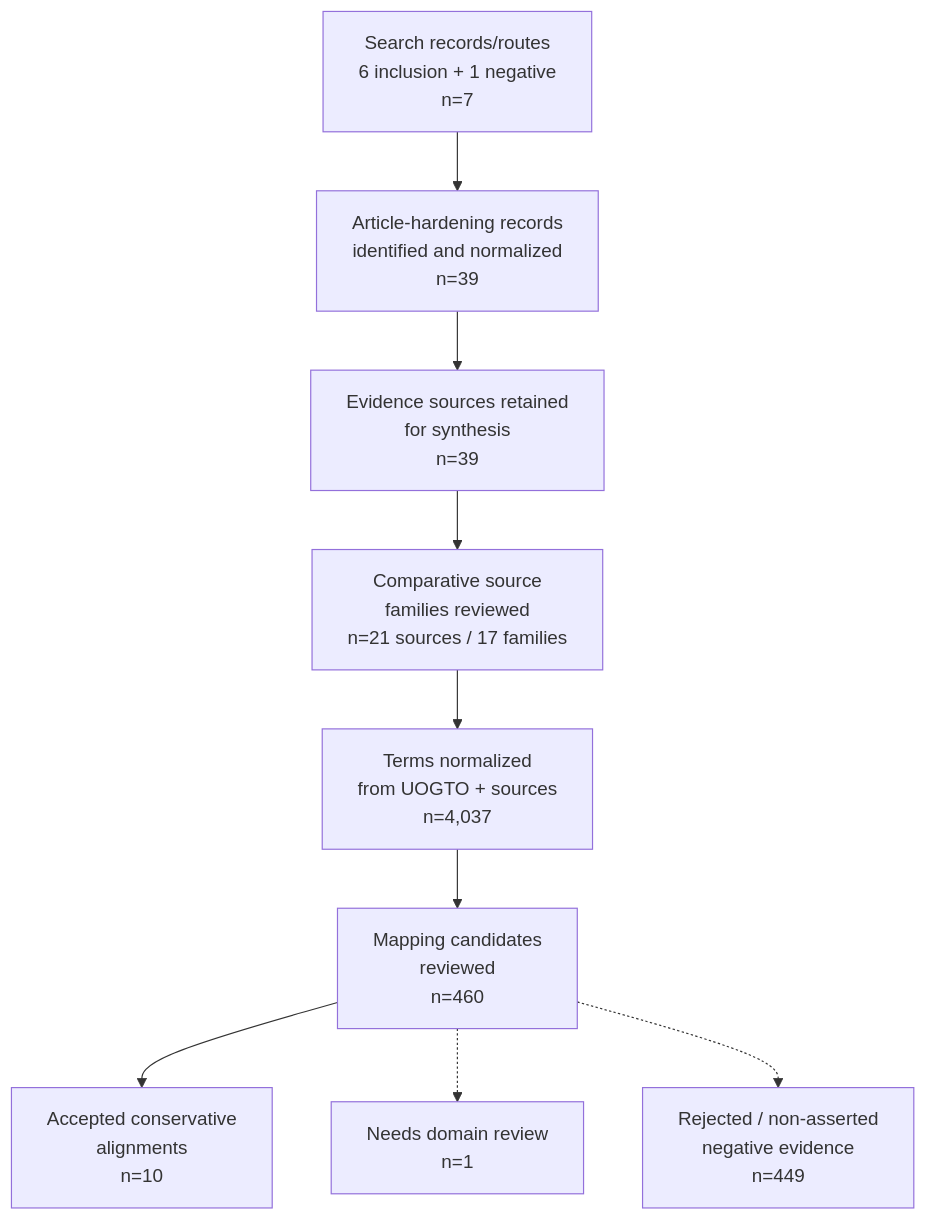
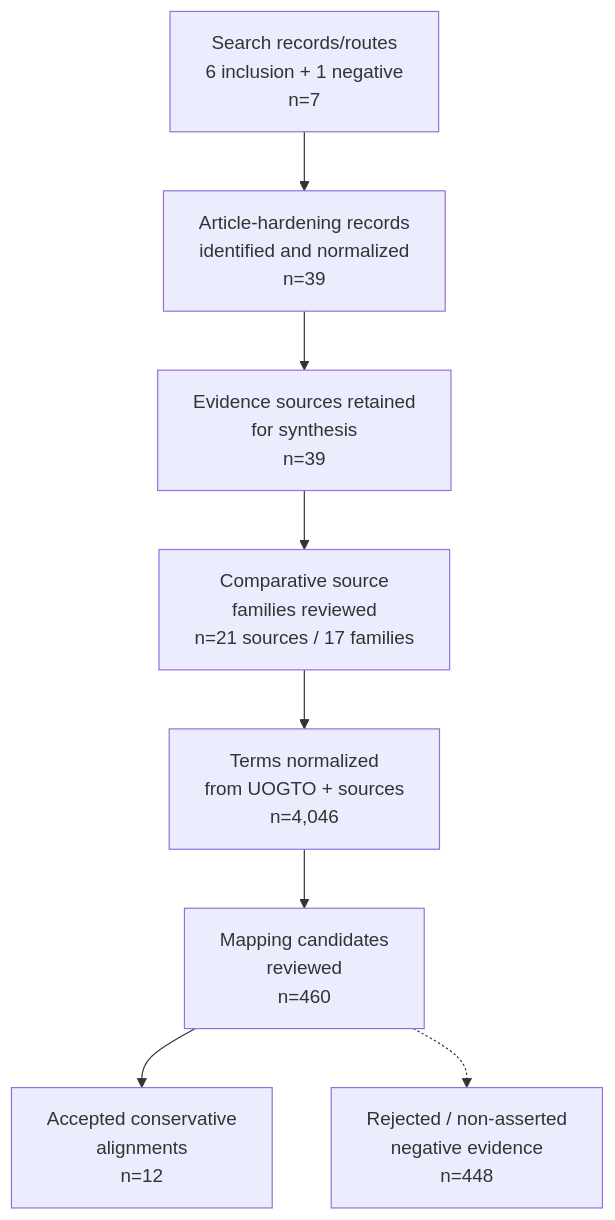
One commit to edithatogo/UOGTO changed the diagram in docs/article-hardening/figures/systematic-search-prisma-flow.md. Above: the diagram before and after it, drawn with Mermaid. The commit also changed 69 other files, not shown here.

````diff
--- a/docs/article-hardening/figures/systematic-search-prisma-flow.md
+++ b/docs/article-hardening/figures/systematic-search-prisma-flow.md
@@ -5,20 +5,18 @@
 ```mermaid
 flowchart TD
     N0["Search records/routes<br/>6 inclusion + 1 negative<br/>n=7"]
     N1["Article-hardening records<br/>identified and normalized<br/>n=39"]
     N2["Evidence sources retained<br/>for synthesis<br/>n=39"]
     N3["Comparative source<br/>families reviewed<br/>n=21 sources / 17 families"]
-    N4["Terms normalized<br/>from UOGTO + sources<br/>n=4,037"]
+    N4["Terms normalized<br/>from UOGTO + sources<br/>n=4,046"]
     N5["Mapping candidates<br/>reviewed<br/>n=460"]
-    N6["Accepted conservative<br/>alignments<br/>n=10"]
-    N7["Needs domain review<br/>n=1"]
-    N8["Rejected / non-asserted<br/>negative evidence<br/>n=449"]
+    N6["Accepted conservative<br/>alignments<br/>n=12"]
+    N7["Rejected / non-asserted<br/>negative evidence<br/>n=448"]
     N0 --> N1
     N1 --> N2
     N2 --> N3
     N3 --> N4
     N4 --> N5
     N5 --> N6
     N5 -.-> N7
-    N5 -.-> N8
 ```
````
